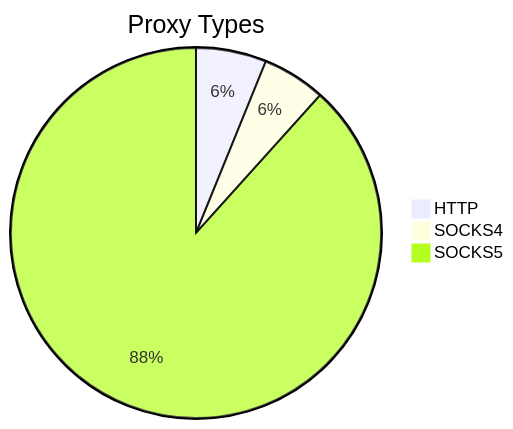
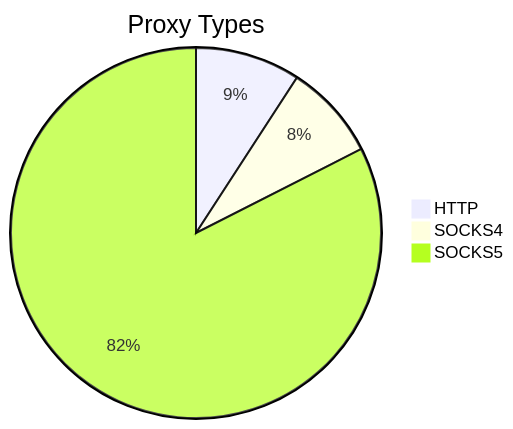
Before and after one commit to stormsia/proxy-list: the first of 2 diagrams in README.md, drawn with Mermaid. The commit also changed other lines of this file, not shown here.

````diff
--- a/README.md
+++ b/README.md
@@ -21,6 +21,6 @@
 ```mermaid
 pie title Proxy Types
-    "HTTP" : 49
-    "SOCKS4" : 44
-    "SOCKS5" : 704
+    "HTTP" : 45
+    "SOCKS4" : 41
+    "SOCKS5" : 405
 ```
````
